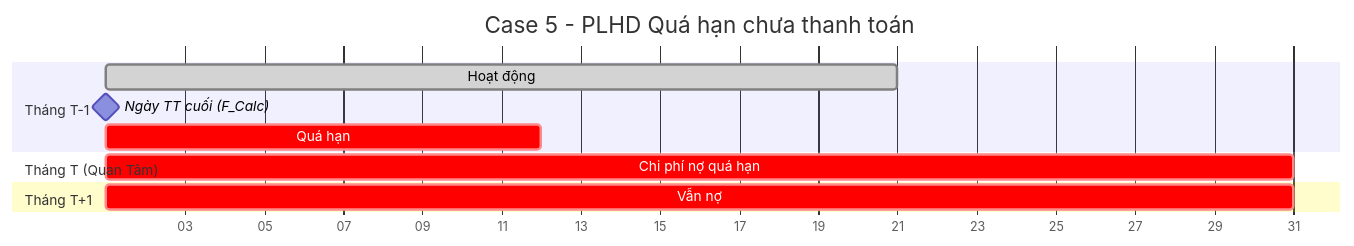
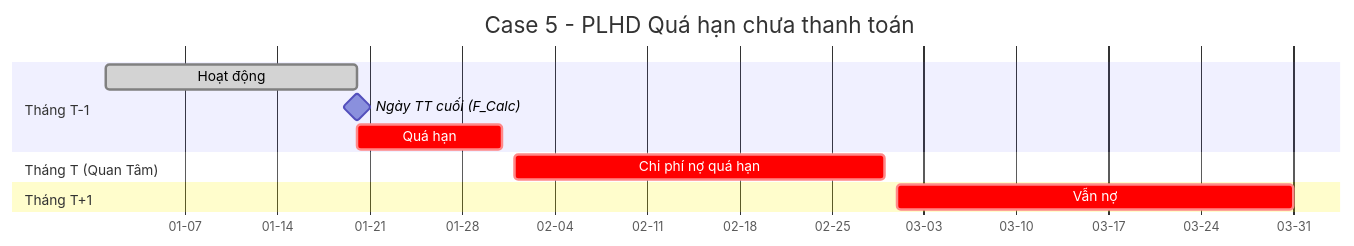
Before and after one commit to gvkth/qlbts_analyze_2o2adj-: the sixth of 9 diagrams in description_v2.md, drawn with Mermaid. The commit also changed other lines of this file, not shown here.

Commit message:
Update date formats and milestones in Gantt charts

````diff
--- a/description_v2.md
+++ b/description_v2.md
@@ -189,17 +189,17 @@
 ```mermaid
 gantt
     title Case 5 - PLHD Quá hạn chưa thanh toán
-    dateFormat X
-    axisFormat %d
+    dateFormat YYYY-MM-DD
+    axisFormat %m-%d
     
     section Tháng T-1
-    Hoạt động               :done, prev-month, 1, 20d
-    Ngày TT cuối (F_Calc)   :milestone, payment-calc, 20, 0d
-    Quá hạn                 :crit, overdue, 20, 11d
+    Hoạt động               :done, prev-month, 2024-01-01, 2024-01-20
+    Ngày TT cuối (F_Calc)   :milestone, payment-calc, 2024-01-20, 0d
+    Quá hạn                 :crit, overdue, 2024-01-20, 2024-01-31
     
     section Tháng T (Quan Tâm)
-    Chi phí nợ quá hạn      :crit, overdue-cost, 32, 30d
+    Chi phí nợ quá hạn      :crit, overdue-cost, 2024-02-01, 2024-02-29
     
     section Tháng T+1
-    Vẫn nợ                  :crit, still-overdue, 63, 30d
+    Vẫn nợ                  :crit, still-overdue, 2024-03-01, 2024-03-31
 ```
````
